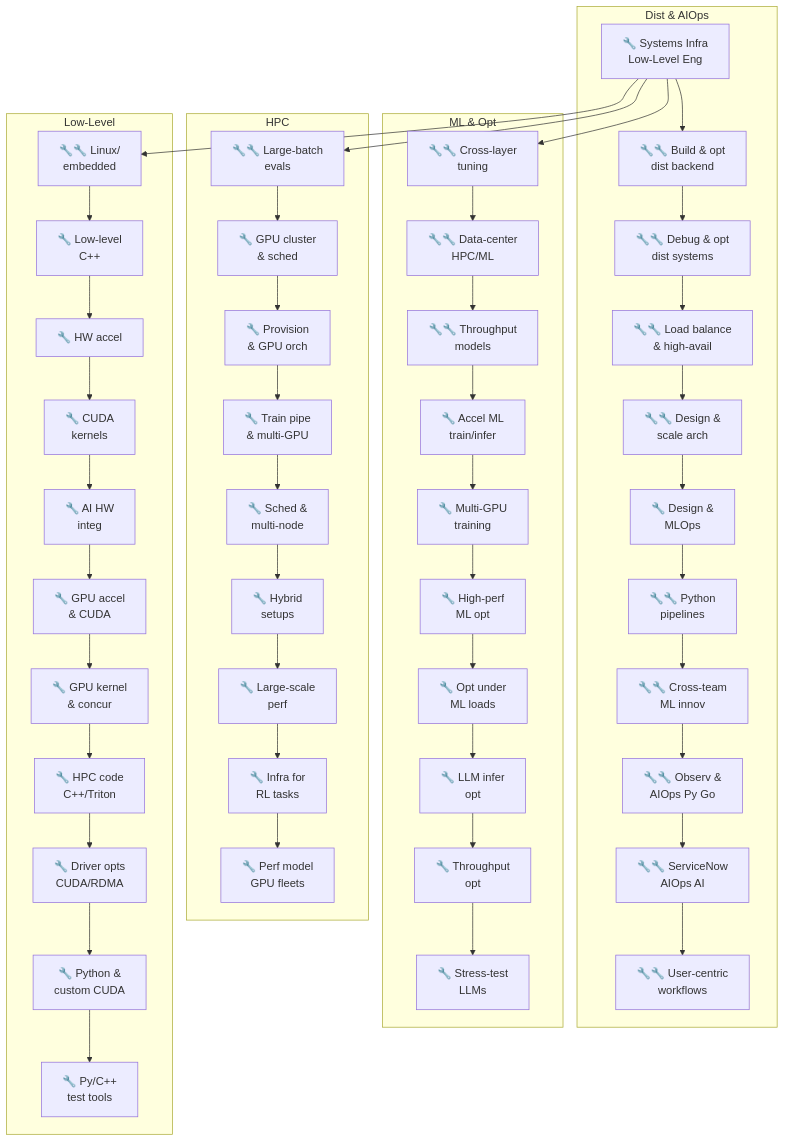
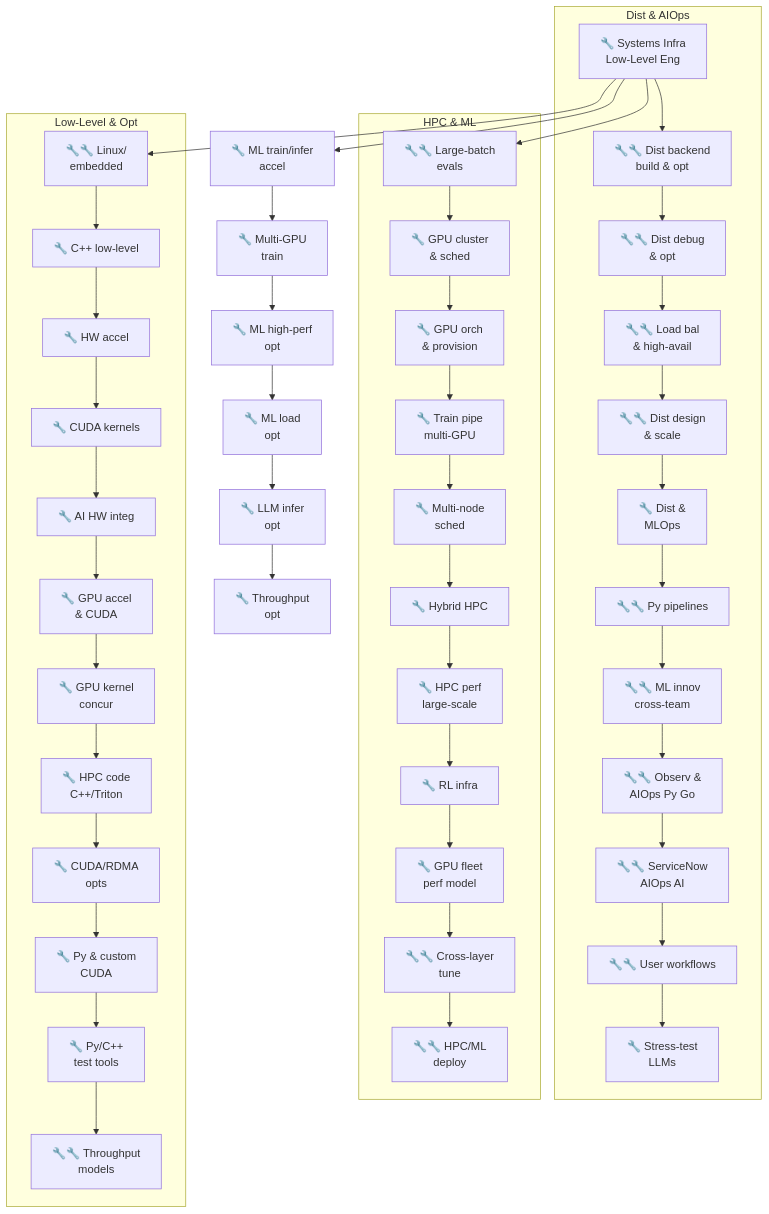
The first of 11 diagrams in cv2page.md (AaronCWacker/CV), drawn with Mermaid before and after one commit.

````diff
--- a/cv2page.md
+++ b/cv2page.md
@@ -7,60 +7,59 @@
 ```mermaid
 graph TB
     R[🔧 Systems Infra<br>Low-Level Eng]
 
-    %% Column 1: Distributed Systems & AIOps
+    %% Column 1: Distributed & AIOps
     subgraph Dist & AIOps
-        R --> SILE26[🔧🔧 Build & opt<br>dist backend]
-        SILE26 --> SILE27[🔧🔧 Debug & opt<br>dist systems]
-        SILE27 --> SILE31[🔧🔧 Load balance<br>& high-avail]
-        SILE31 --> SILE37[🔧🔧 Design &<br>scale arch]
-        SILE37 --> S28[🔧 Design &<br>MLOps]
-        S28 --> SILE34[🔧🔧 Python<br>pipelines]
-        SILE34 --> SILE36[🔧🔧 Cross-team<br>ML innov]
+        R --> SILE26[🔧🔧 Dist backend<br>build & opt]
+        SILE26 --> SILE27[🔧🔧 Dist debug<br>& opt]
+        SILE27 --> SILE31[🔧🔧 Load bal<br>& high-avail]
+        SILE31 --> SILE37[🔧🔧 Dist design<br>& scale]
+        SILE37 --> S28[🔧 Dist &<br>MLOps]
+        S28 --> SILE34[🔧🔧 Py pipelines]
+        SILE34 --> SILE36[🔧🔧 ML innov<br>cross-team]
         SILE36 --> SILE38[🔧🔧 Observ &<br>AIOps Py Go]
         SILE38 --> SILE39[🔧🔧 ServiceNow<br>AIOps AI]
-        SILE39 --> SILE40[🔧🔧 User-centric<br>workflows]
+        SILE39 --> SILE40[🔧🔧 User workflows]
+        SILE40 --> S25[🔧 Stress-test<br>LLMs]
     end
 
-    %% Column 2: HPC
-    subgraph HPC
+    %% Column 2: HPC & ML
+    subgraph HPC & ML
         R --> SILE15[🔧🔧 Large-batch<br>evals]
         SILE15 --> S11[🔧 GPU cluster<br>& sched]
-        S11 --> S12[🔧 Provision<br>& GPU orch]
-        S12 --> S13[🔧 Train pipe<br>& multi-GPU]
-        S13 --> S14[🔧 Sched &<br>multi-node]
-        S14 --> S16[🔧 Hybrid<br>setups]
-        S16 --> S17[🔧 Large-scale<br>perf]
-        S17 --> S21[🔧 Infra for<br>RL tasks]
-        S21 --> S22[🔧 Perf model<br>GPU fleets]
+        S11 --> S12[🔧 GPU orch<br>& provision]
+        S12 --> S13[🔧 Train pipe<br>multi-GPU]
+        S13 --> S14[🔧 Multi-node<br>sched]
+        S14 --> S16[🔧 Hybrid HPC]
+        S16 --> S17[🔧 HPC perf<br>large-scale]
+        S17 --> S21[🔧 RL infra]
+        S21 --> S22[🔧 GPU fleet<br>perf model]
+        S22 --> SILE7[🔧🔧 Cross-layer<br>tune]
+        SILE7 --> SILE8[🔧🔧 HPC/ML<br>deploy]
     end
 
-    %% Column 3: ML & Optimization
-    subgraph ML & Opt
-        R --> SILE7[🔧🔧 Cross-layer<br>tuning]
-        SILE7 --> SILE8[🔧🔧 Data-center<br>HPC/ML]
-        SILE8 --> SILE30[🔧🔧 Throughput<br>models]
-        SILE30 --> S4[🔧 Accel ML<br>train/infer]
-        S4 --> S20[🔧 Multi-GPU<br>training]
-        S20 --> S29[🔧 High-perf<br>ML opt]
-        S29 --> S32[🔧 Opt under<br>ML loads]
-        S32 --> S33[🔧 LLM infer<br>opt]
-        S33 --> S35[🔧 Throughput<br>opt]
-        S35 --> S25[🔧 Stress-test<br>LLMs]
+    %% Column 3: Low-Level & Optimization
+    subgraph Low-Level & Opt
+        R --> SILE2[🔧🔧 Linux/<br>embedded]
+        SILE2 --> S1[🔧 C++ low-level]
+        S1 --> S3[🔧 HW accel]
+        S3 --> S5[🔧 CUDA kernels]
+        S5 --> S6[🔧 AI HW integ]
+        S6 --> S9[🔧 GPU accel<br>& CUDA]
+        S9 --> S10[🔧 GPU kernel<br>concur]
+        S10 --> S18[🔧 HPC code<br>C++/Triton]
+        S18 --> S19[🔧 CUDA/RDMA<br>opts]
+        S19 --> S23[🔧 Py & custom<br>CUDA]
+        S23 --> S24[🔧 Py/C++<br>test tools]
+        S24 --> SILE30[🔧🔧 Throughput<br>models]
     end
 
-    %% Column 4: Low-Level & Hardware
-    subgraph Low-Level
-        R --> SILE2[🔧🔧 Linux/<br>embedded]
-        SILE2 --> S1[🔧 Low-level<br>C++]
-        S1 --> S3[🔧 HW accel]
-        S3 --> S5[🔧 CUDA<br>kernels]
-        S5 --> S6[🔧 AI HW<br>integ]
-        S6 --> S9[🔧 GPU accel<br>& CUDA]
-        S9 --> S10[🔧 GPU kernel<br>& concur]
-        S10 --> S18[🔧 HPC code<br>C++/Triton]
-        S18 --> S19[🔧 Driver opts<br>CUDA/RDMA]
-        S19 --> S23[🔧 Python &<br>custom CUDA]
-        S23 --> S24[🔧 Py/C++<br>test tools]
-    end
+    %% Direct connections for remaining ML/Opt nodes
+    R --> S4[🔧 ML train/infer<br>accel]
+    S4 --> S20[🔧 Multi-GPU<br>train]
+    S20 --> S29[🔧 ML high-perf<br>opt]
+    S29 --> S32[🔧 ML load<br>opt]
+    S32 --> S33[🔧 LLM infer<br>opt]
+    S33 --> S35[🔧 Throughput<br>opt]
+
 ```
````
